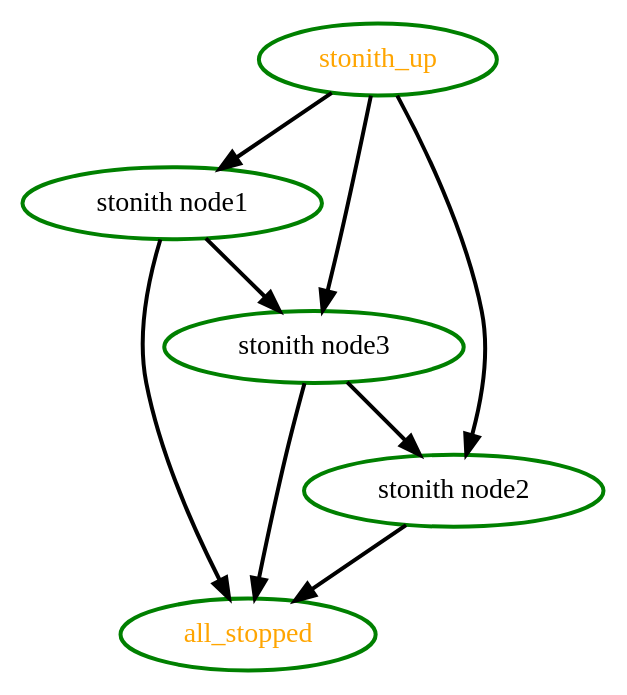
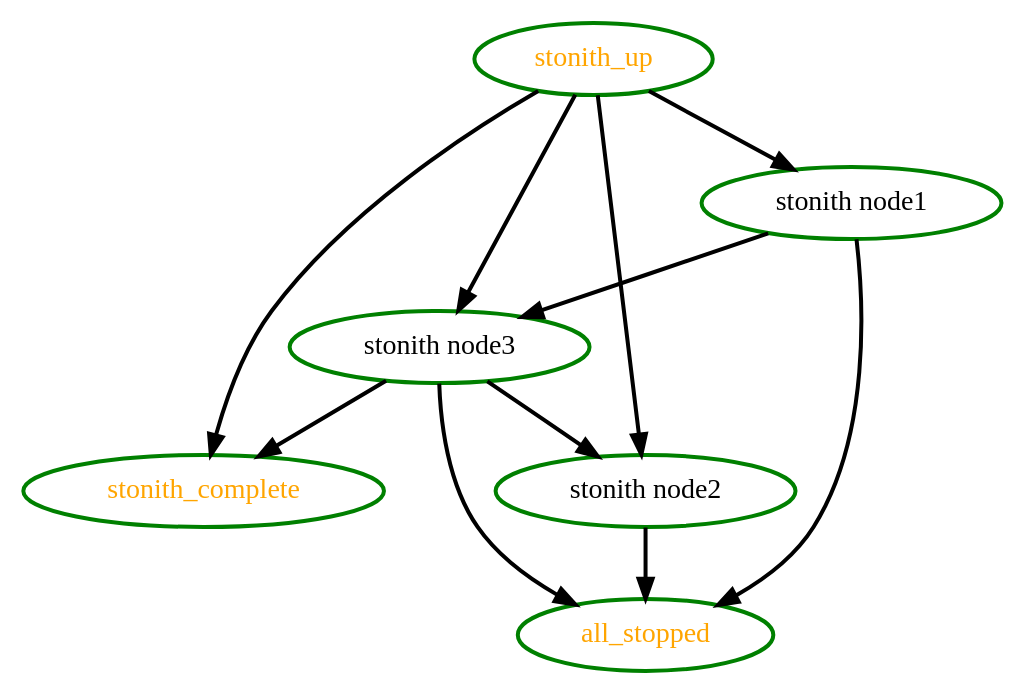
One commit to linux-ha-japan/pm_diskd changed the diagram in pengine/test10/rec-node-14.dot. Above: the diagram before and after it, drawn with Graphviz. The commit also changed 83 other files, not shown here.

Commit message:
Low: PE: Create a stonith-complete pseudo action that actions can depend on

```diff
--- a/pengine/test10/rec-node-14.dot
+++ b/pengine/test10/rec-node-14.dot
@@ -1,15 +1,18 @@
  digraph "g" {
 "all_stopped" [ style=bold color="green" fontcolor="orange"  ]
 "stonith node1" -> "all_stopped" [ style = bold]
 "stonith node1" -> "stonith node3" [ style = bold]
 "stonith node1" [ style=bold color="green" fontcolor="black" ]
 "stonith node2" -> "all_stopped" [ style = bold]
 "stonith node2" [ style=bold color="green" fontcolor="black" ]
 "stonith node3" -> "all_stopped" [ style = bold]
 "stonith node3" -> "stonith node2" [ style = bold]
+"stonith node3" -> "stonith_complete" [ style = bold]
 "stonith node3" [ style=bold color="green" fontcolor="black" ]
+"stonith_complete" [ style=bold color="green" fontcolor="orange"  ]
 "stonith_up" -> "stonith node1" [ style = bold]
 "stonith_up" -> "stonith node2" [ style = bold]
 "stonith_up" -> "stonith node3" [ style = bold]
+"stonith_up" -> "stonith_complete" [ style = bold]
 "stonith_up" [ style=bold color="green" fontcolor="orange"  ]
 }
```
